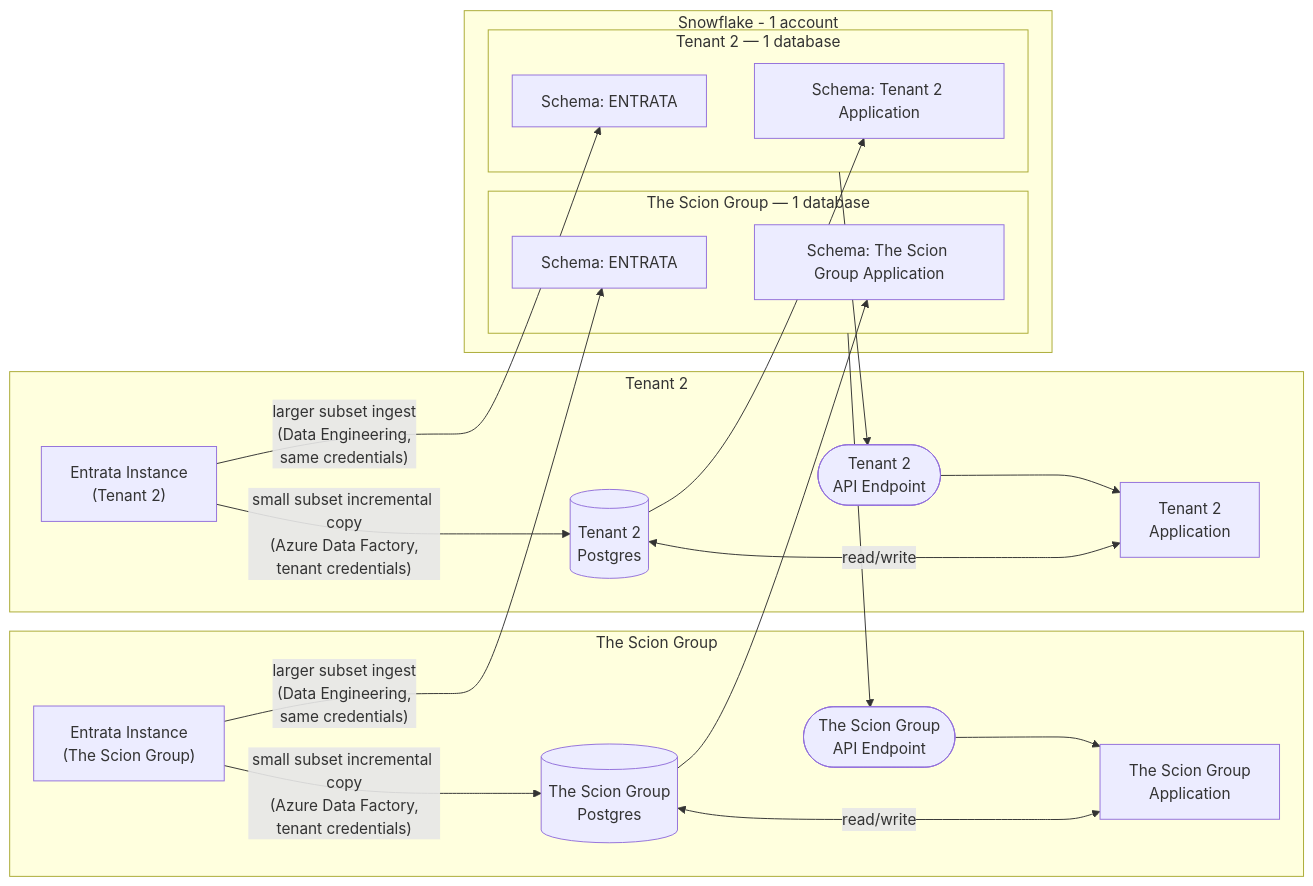
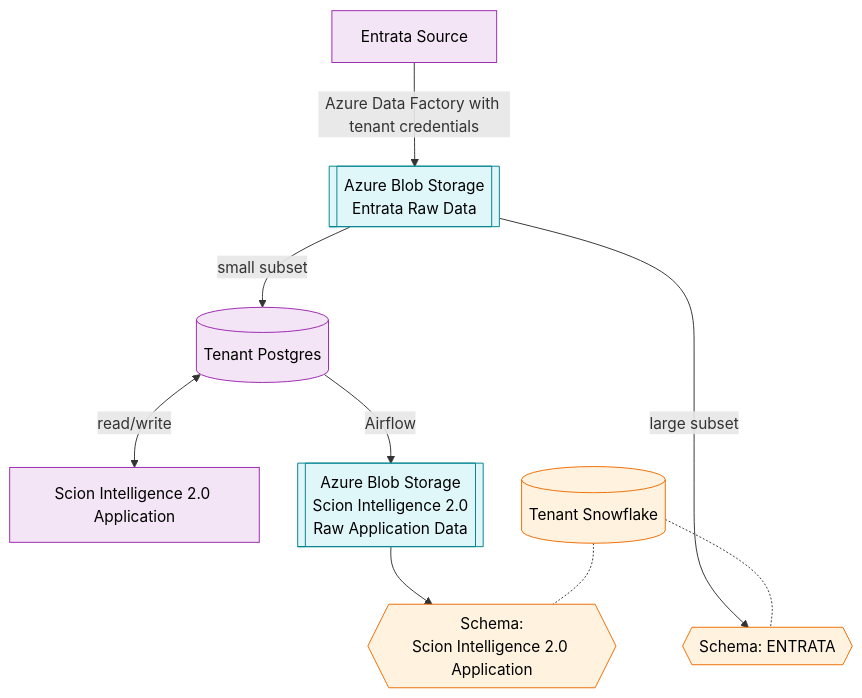
Before and after one commit to TheScionGroup/engineering_orchestration: the diagram in docs/data-warehouse-ecosystem-diagram.md, drawn with Mermaid. The commit also changed other lines of this file, not shown here.

Commit message:
Rework data warehouse ecosystem diagram for iteration 2
Addresses issue #8: single-tenant view (Scion Group only), Entrata
system-level conformity, a single Azure Data Factory pull with Azure
Blob Storage as a permanent raw staging layer feeding Postgres and
Snowflake, and primary/secondary Snowflake noted in assumptions.
Diagram drops subgraph boxes (rendered inconsistently across tools)
in favor of color-coded, distinctly shaped nodes.

````diff
--- a/docs/data-warehouse-ecosystem-diagram.md
+++ b/docs/data-warehouse-ecosystem-diagram.md
@@ -17,41 +22,27 @@
 ```mermaid
-flowchart LR
-    subgraph TenantA["The Scion Group"]
-        EntrataA["Entrata Instance<br/>(The Scion Group)"]
-        PGA[("The Scion Group<br/>Postgres")]
-        AppA["The Scion Group<br/>Application"]
-        AppA_EP(["The Scion Group<br/>API Endpoint"])
-    end
+%%{init: {"flowchart": {"rankSpacing": 60, "nodeSpacing": 40, "curve": "basis"}}}%%
+flowchart TB
+    classDef tenant fill:#f3e5f5,stroke:#9c27b0,color:#000,stroke-width:1px
+    classDef blob fill:#e0f7fa,stroke:#00838f,color:#000,stroke-width:1px
+    classDef snowflake fill:#fff3e0,stroke:#ef6c00,color:#000,stroke-width:1px
 
-    subgraph TenantB["Tenant 2"]
-        EntrataB["Entrata Instance<br/>(Tenant 2)"]
-        PGB[("Tenant 2<br/>Postgres")]
-        AppB["Tenant 2<br/>Application"]
-        AppB_EP(["Tenant 2<br/>API Endpoint"])
-    end
+    EntrataA["Entrata Source"]:::tenant
+    PGA[("Tenant Postgres")]:::tenant
+    AppA["Scion Intelligence 2.0 Application"]:::tenant
 
-    subgraph Snowflake["Snowflake - 1 account"]
-        subgraph SF_A["The Scion Group — 1 database"]
-            SFA_ENT["Schema: ENTRATA"]
-            SFA_PG["Schema: The Scion Group Application"]
-        end
-        subgraph SF_B["Tenant 2 — 1 database"]
-            SFB_ENT["Schema: ENTRATA"]
-            SFB_PG["Schema: Tenant 2 Application"]
-        end
-    end
+    BlobEntrata[["Azure Blob Storage<br/>Entrata Raw Data"]]:::blob
+    BlobPG[["Azure Blob Storage<br/>Scion Intelligence 2.0<br/>Raw Application Data"]]:::blob
 
-    EntrataA -- "small subset incremental copy\n(Azure Data Factory,\ntenant credentials)" --> PGA
-    EntrataA -- "larger subset ingest\n(Data Engineering,\nsame credentials)" --> SFA_ENT
+    SF_A[("Tenant Snowflake")]:::snowflake
+    SFA_ENT{{"Schema: ENTRATA"}}:::snowflake
+    SFA_PG{{"Schema:<br/>Scion Intelligence 2.0 Application"}}:::snowflake
+
+    EntrataA -- "Azure Data Factory with tenant credentials" --> BlobEntrata
+    BlobEntrata -- "small subset" --> PGA
+    BlobEntrata -- "large subset" --> SFA_ENT
     PGA <-- "read/write" --> AppA
-    PGA --> SFA_PG
-    SF_A --> AppA_EP
-    AppA_EP --> AppA
-
-    EntrataB -- "small subset incremental copy\n(Azure Data Factory,\ntenant credentials)" --> PGB
-    EntrataB -- "larger subset ingest\n(Data Engineering,\nsame credentials)" --> SFB_ENT
-    PGB <-- "read/write" --> AppB
-    PGB --> SFB_PG
-    SF_B --> AppB_EP
-    AppB_EP --> AppB
+    PGA -- "Airflow" --> BlobPG
+    BlobPG --> SFA_PG
+    SF_A -.- SFA_ENT
+    SF_A -.- SFA_PG
 ```
````
